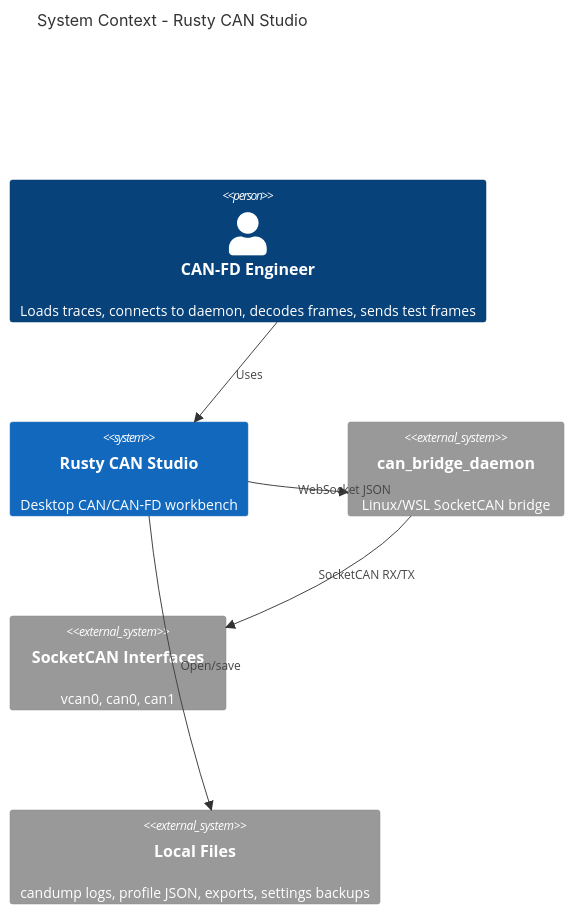
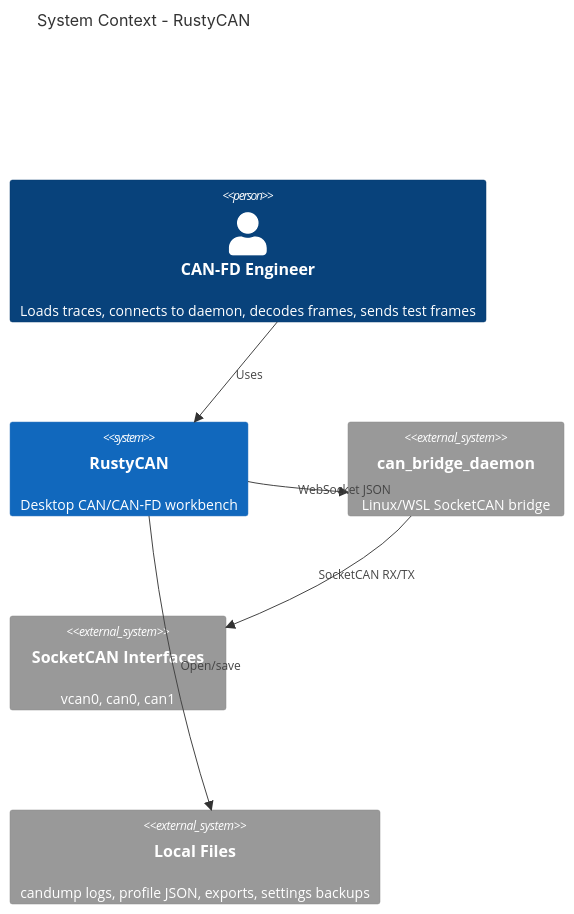
One commit to pennowtech/rusty-can-studio changed the first of 16 diagrams in docs/product-engineering-reference.md. Above: the diagram before and after it, drawn with Mermaid. The commit also changed other lines of this file and 138 other files, not shown here.

Commit message:
feat: redesign decoded preview, payload display mode, and profile schema migration

````diff
--- a/docs/product-engineering-reference.md
+++ b/docs/product-engineering-reference.md
@@ -309,13 +309,13 @@
 ```mermaid
 C4Context
-  title System Context - Rusty CAN Studio
+  title System Context - RustyCAN
   Person(engineer, "CAN-FD Engineer", "Loads traces, connects to daemon, decodes frames, sends test frames")
-  System(app, "Rusty CAN Studio", "Desktop CAN/CAN-FD workbench")
+  System(app, "RustyCAN", "Desktop CAN/CAN-FD workbench")
   System_Ext(daemon, "can_bridge_daemon", "Linux/WSL SocketCAN bridge")
   System_Ext(socketcan, "SocketCAN Interfaces", "vcan0, can0, can1")
   System_Ext(files, "Local Files", "candump logs, profile JSON, exports, settings backups")
   Rel(engineer, app, "Uses")
   Rel(app, daemon, "WebSocket JSON")
   Rel(daemon, socketcan, "SocketCAN RX/TX")
   Rel(app, files, "Open/save")
 ```
````
